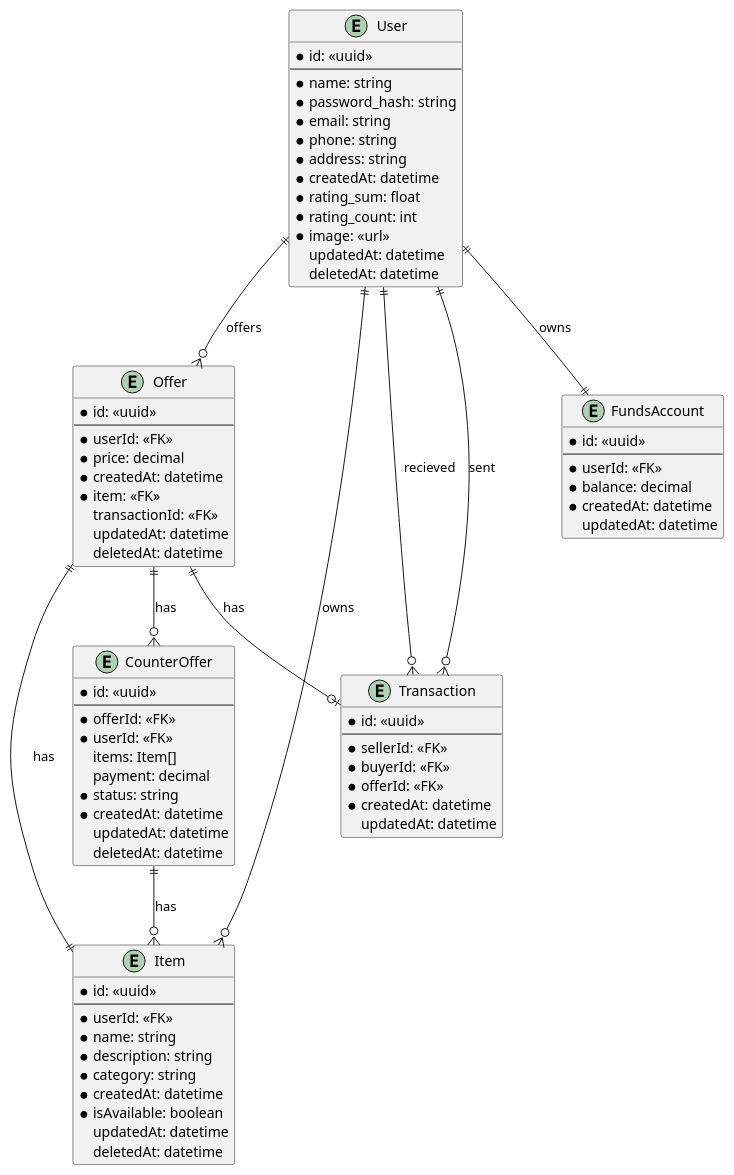
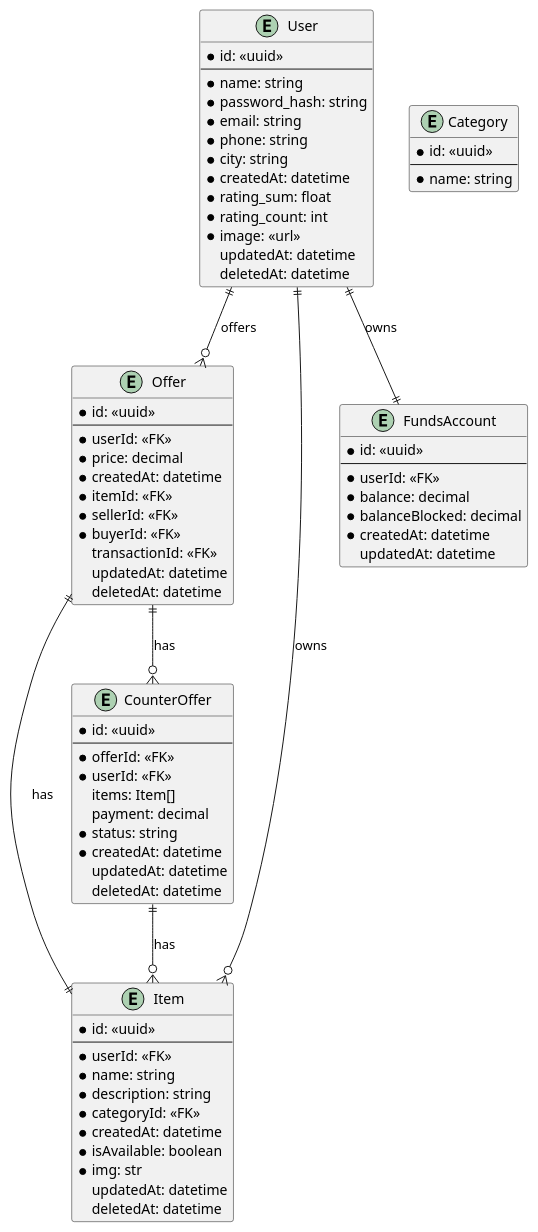
The diagram in new_erd.puml (Jarda236/p2p-marketplace), drawn with PlantUML before and after one commit.

Commit message:
feat: added new_erd

```diff
--- a/new_erd.puml
+++ b/new_erd.puml
@@ -1,88 +1,85 @@
 @startuml P2P Marketplace
 
 entity Offer {
     * id: <<uuid>>
     --
     * userId: <<FK>>
     * price: decimal
     * createdAt: datetime
-    * item: <<FK>>
+    * itemId: <<FK>>
+    * sellerId: <<FK>>
+    * buyerId: <<FK>>
     transactionId: <<FK>>
     updatedAt: datetime
     deletedAt: datetime
 }
 
 entity Item{
      * id: <<uuid>>
     --
     * userId: <<FK>>
     * name: string
     * description: string
-    * category: string
+    * categoryId: <<FK>>
     * createdAt: datetime
     * isAvailable: boolean
+    * img: str
     updatedAt: datetime
     deletedAt: datetime
+}
+
+entity Category{
+    * id: <<uuid>>
+    --
+    *name: string
 }
 
 entity User {
     * id: <<uuid>>
     --
     * name: string
     * password_hash: string
     * email: string
     * phone: string
-    * address: string
+    * city: string
     * createdAt: datetime
     * rating_sum: float
     * rating_count: int
     * image: <<url>>
 /'    freshest token + valid_until ?? '/
     updatedAt: datetime
     deletedAt: datetime
 }
 
-entity Transaction {
-    * id: <<uuid>>
-    --
-    * sellerId: <<FK>>
-    * buyerId: <<FK>>
-    * offerId: <<FK>>
-    * createdAt: datetime
-    updatedAt: datetime
-}
-
 entity FundsAccount {
     * id: <<uuid>>
     --
     * userId: <<FK>>
     * balance: decimal
+    * balanceBlocked: decimal
 /'    * currency: string '/
     * createdAt: datetime
     updatedAt: datetime
 }
 
 entity CounterOffer {
     *id: <<uuid>>
     --
     *offerId: <<FK>>
     *userId: <<FK>>
     items: Item[]
     payment: decimal
     *status: string
     *createdAt: datetime
     updatedAt: datetime
     deletedAt: datetime
 }
 
 User  ||--o{ Offer : offers  
-User  ||--o{ Transaction : recieved
-User  ||--o{ Transaction : sent
-Offer ||--o| Transaction : has
 User  ||--|| FundsAccount : owns
 Offer ||--o{ CounterOffer : has
 User  ||--o{ Item : owns
 Offer ||--|| Item: has
 CounterOffer ||--o{ Item: has
 
 @enduml
```
